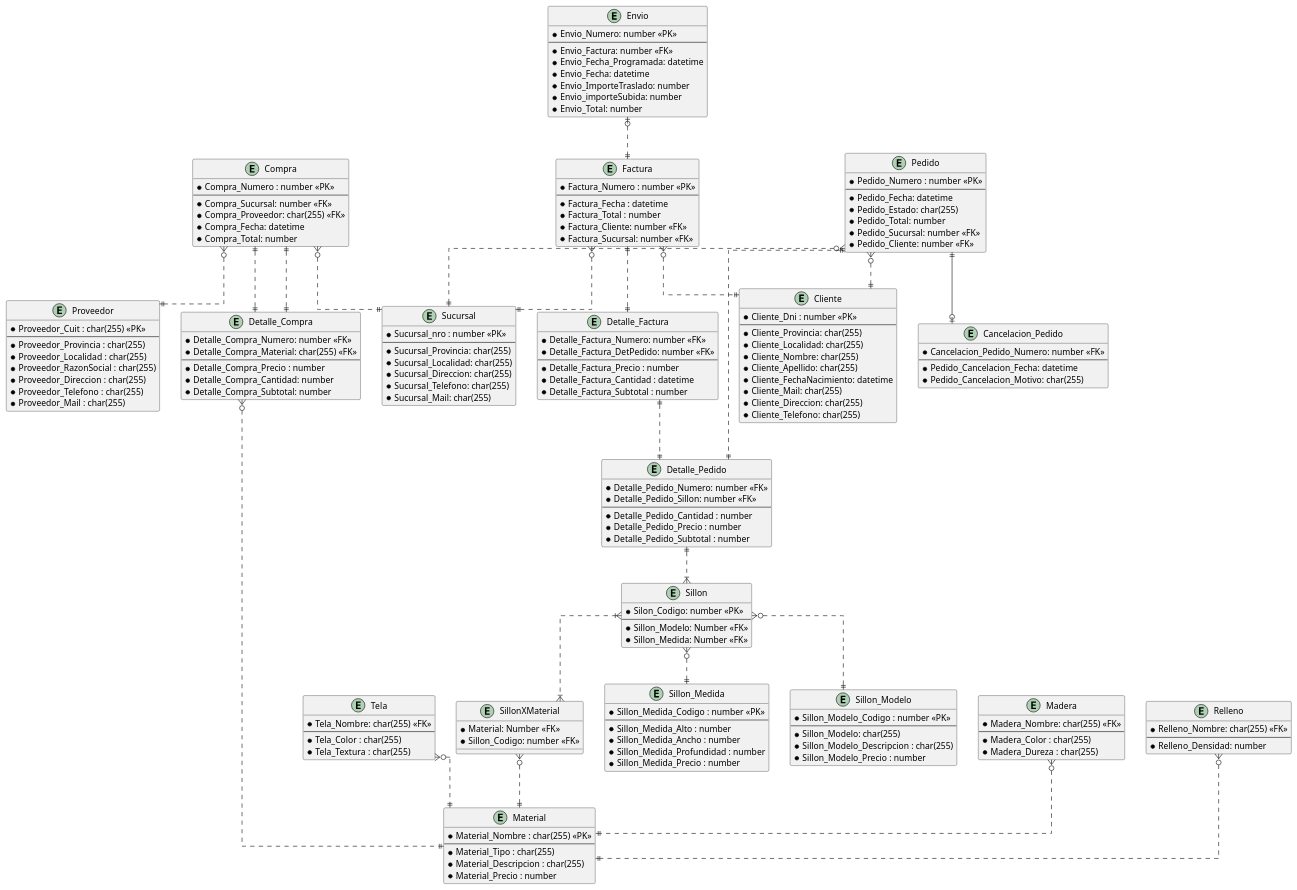
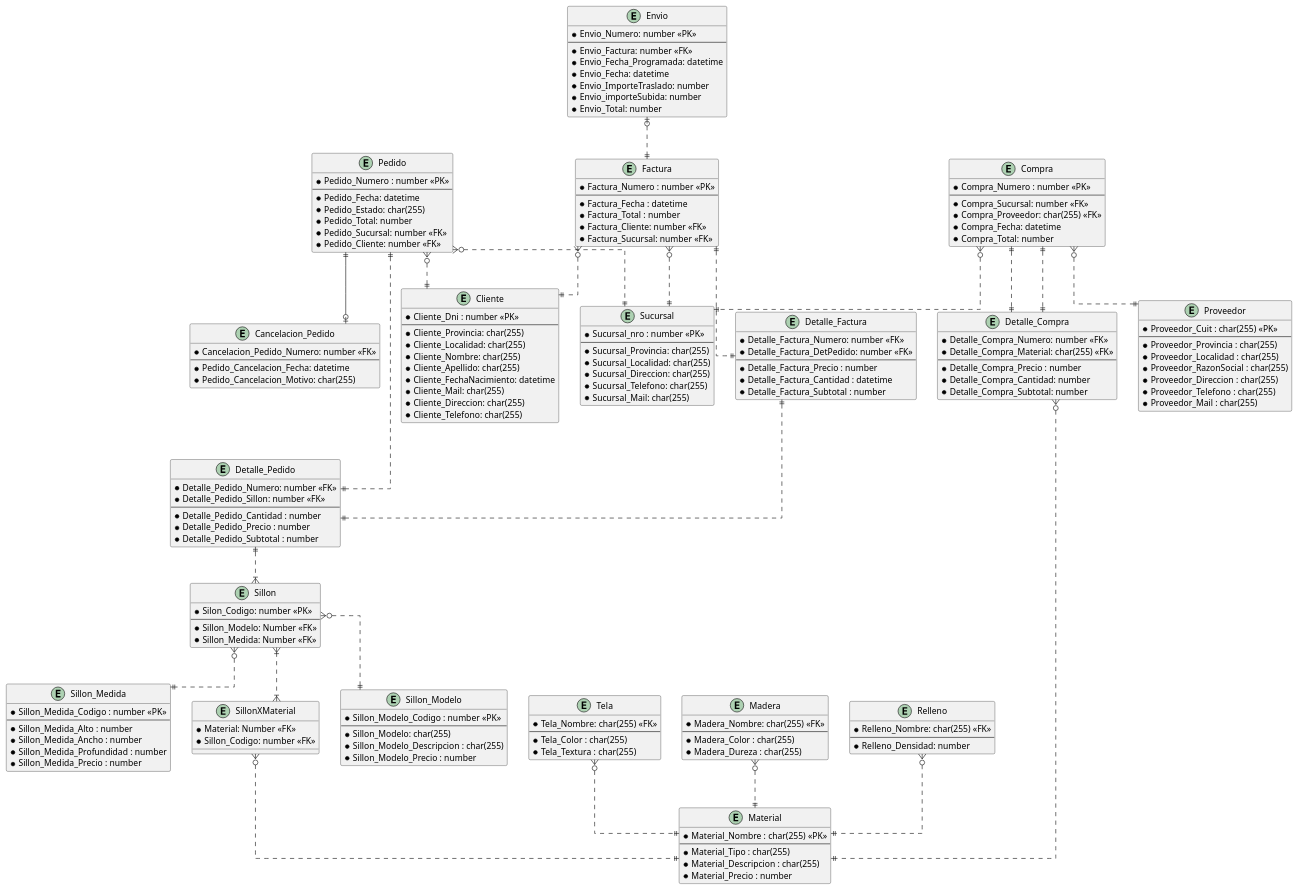
One commit to Valentin-Sosa/TP-GDD changed the diagram in DER.puml. Above: the diagram before and after it, drawn with PlantUML.

Commit message:
Diagrama final

```diff
--- a/DER.puml
+++ b/DER.puml
@@ -3,6 +3,16 @@
 skinparam linetype ortho
 
 ' ENTITIES DECLARATION
+
+entity "Sucursal" as Suc {
+  *Sucursal_nro : number <<PK>>
+  --
+  *Sucursal_Provincia: char(255)
+  *Sucursal_Localidad: char(255)
+  *Sucursal_Direccion: char(255)
+  *Sucursal_Telefono: char(255)
+  *Sucursal_Mail: char(255)
+}
 
 entity "Pedido" as Ped {
   *Pedido_Numero : number <<PK>>
@@ -43,15 +53,6 @@
   *Cliente_Telefono: char(255)
 } 
 
-entity "Sucursal" as Suc {
-  *Sucursal_nro : number <<PK>>
-  --
-  *Sucursal_Provincia: char(255)
-  *Sucursal_Localidad: char(255)
-  *Sucursal_Direccion: char(255)
-  *Sucursal_Telefono: char(255)
-  *Sucursal_Mail: char(255)
-}
 
 entity "Sillon" as Si {
   *Silon_Codigo: number <<PK>>
```
